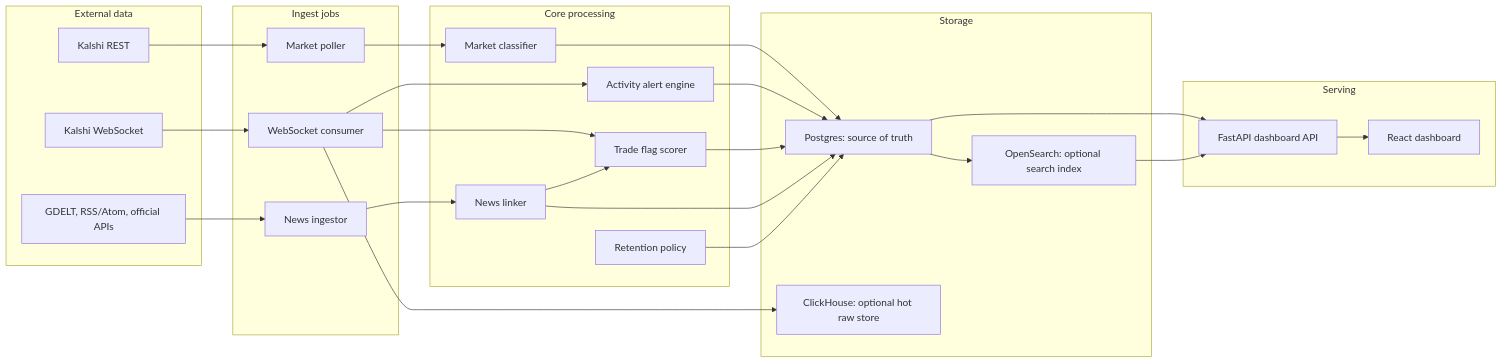
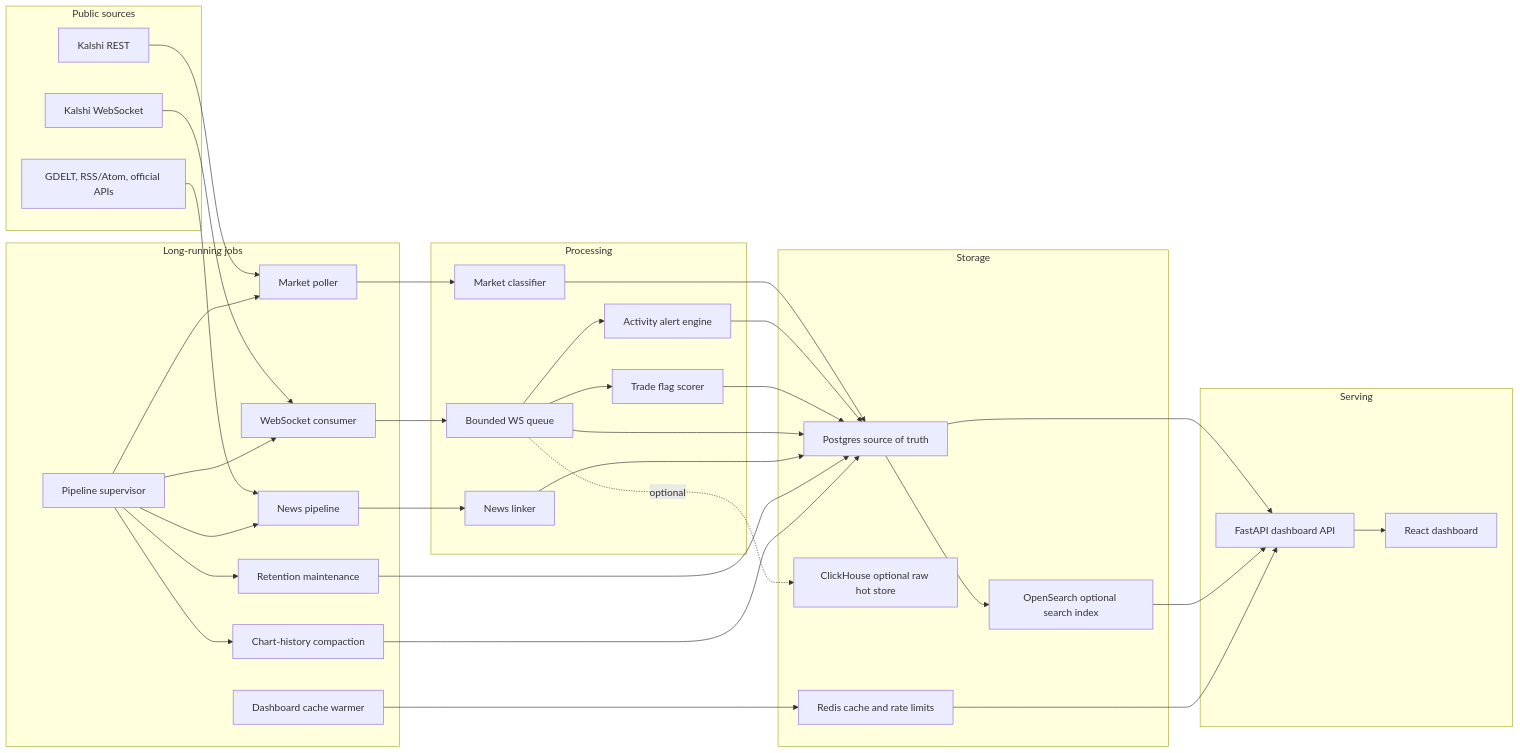
One commit to hong-david/predictionmarkets changed the first of 3 diagrams in README.md. Above: the diagram before and after it, drawn with Mermaid. The commit also changed other lines of this file and 20 other files, not shown here.

Commit message:
Add evidence-backed retention and chart rollups

````diff
--- a/README.md
+++ b/README.md
@@ -38,55 +38,58 @@
 ```mermaid
 flowchart LR
-  subgraph External["External data"]
+  subgraph Sources["Public sources"]
     KREST["Kalshi REST"]
     KWS["Kalshi WebSocket"]
     NEWS["GDELT, RSS/Atom, official APIs"]
   end
 
-  subgraph Ingest["Ingest jobs"]
+  subgraph Runtime["Long-running jobs"]
+    SUP["Pipeline supervisor"]
     POLLER["Market poller"]
     WS["WebSocket consumer"]
-    NEWSJOB["News ingestor"]
+    NEWSJOB["News pipeline"]
+    RET["Retention maintenance"]
+    COMPACT["Chart-history compaction"]
+    WARM["Dashboard cache warmer"]
   end
 
-  subgraph Core["Core processing"]
-    CLASSIFIER["Market classifier"]
+  subgraph Processing["Processing"]
+    CLASSIFY["Market classifier"]
+    QUEUE["Bounded WS queue"]
     ALERTS["Activity alert engine"]
     FLAGS["Trade flag scorer"]
     LINKER["News linker"]
-    RETENTION["Retention policy"]
   end
 
   subgraph Storage["Storage"]
-    PG["Postgres: source of truth"]
-    CH["ClickHouse: optional hot raw store"]
-    OS["OpenSearch: optional search index"]
+    PG["Postgres source of truth"]
+    CH["ClickHouse optional raw hot store"]
+    OS["OpenSearch optional search index"]
+    REDIS["Redis cache and rate limits"]
   end
 
   subgraph Serving["Serving"]
     API["FastAPI dashboard API"]
     UI["React dashboard"]
   end
 
-  KREST --> POLLER
-  KWS --> WS
-  NEWS --> NEWSJOB
-
-  POLLER --> CLASSIFIER
-  WS --> ALERTS
-  WS --> FLAGS
-  NEWSJOB --> LINKER
-  LINKER --> FLAGS
-
-  CLASSIFIER --> PG
-  ALERTS --> PG
-  FLAGS --> PG
-  LINKER --> PG
-  RETENTION --> PG
-
-  WS --> CH
+  KREST --> POLLER --> CLASSIFY --> PG
+  KWS --> WS --> QUEUE --> ALERTS --> PG
+  QUEUE --> FLAGS --> PG
+  QUEUE --> PG
+  QUEUE -. optional .-> CH
+  NEWS --> NEWSJOB --> LINKER --> PG
+  RET --> PG
+  COMPACT --> PG
+  WARM --> REDIS
+  SUP --> POLLER
+  SUP --> WS
+  SUP --> NEWSJOB
+  SUP --> RET
+  SUP --> COMPACT
   PG --> OS
   PG --> API
   OS --> API
+  REDIS --> API
   API --> UI
 ```
````
